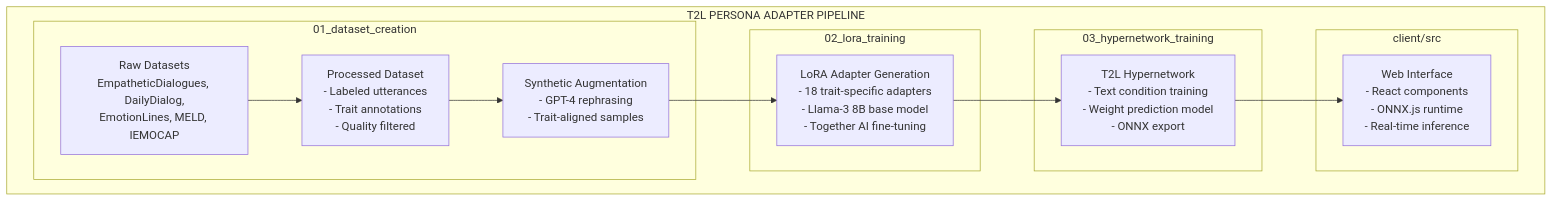
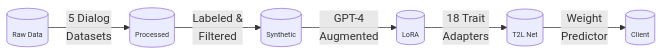
The diagram in README.md (maxfarnham/lora-web-builder), drawn with Mermaid before and after one commit. The commit also changed other lines of this file, not shown here.

Commit message:
Update readme flowchart + citations

````diff
--- a/README.md
+++ b/README.md
@@ -13,28 +13,18 @@
 ```mermaid
-graph TD
-    subgraph "T2L PERSONA ADAPTER PIPELINE"
-        subgraph "01_dataset_creation"
-            A["Raw Datasets<br/>EmpatheticDialogues, DailyDialog,<br/>EmotionLines, MELD, IEMOCAP"]
-            B["Processed Dataset<br/>- Labeled utterances<br/>- Trait annotations<br/>- Quality filtered"]
-            C["Synthetic Augmentation<br/>- GPT-4 rephrasing<br/>- Trait-aligned samples"]
-            A --> B
-            B --> C
-        end
-
-        subgraph "02_lora_training"
-            D["LoRA Adapter Generation<br/>- 18 trait-specific adapters<br/>- Llama-3 8B base model<br/>- Together AI fine-tuning"]
-        end
-
-        subgraph "03_hypernetwork_training"
-            E["T2L Hypernetwork<br/>- Text condition training<br/>- Weight prediction model<br/>- ONNX export"]
-        end
-
-        subgraph "client/src"
-            F["Web Interface<br/>- React components<br/>- ONNX.js runtime<br/>- Real-time inference"]
-        end
-
-        C --> D
-        D --> E
-        E --> F
-    end
+flowchart LR
+    classDef small-text text-align:center,font-size:10px
+    A[("Raw Data")]
+    B[("Processed")]
+    C[("Synthetic")]
+    D[("LoRA")]
+    E[("T2L Net")]
+    F[("Client")]
+    
+    A-->|"5 Dialog<br>Datasets"|B
+    B-->|"Labeled &<br>Filtered"|C
+    C-->|"GPT-4<br>Augmented"|D
+    D-->|"18 Trait<br>Adapters"|E
+    E-->|"Weight<br>Predictor"|F
+    
+    class A,B,C,D,E,F small-text
 ```
````
